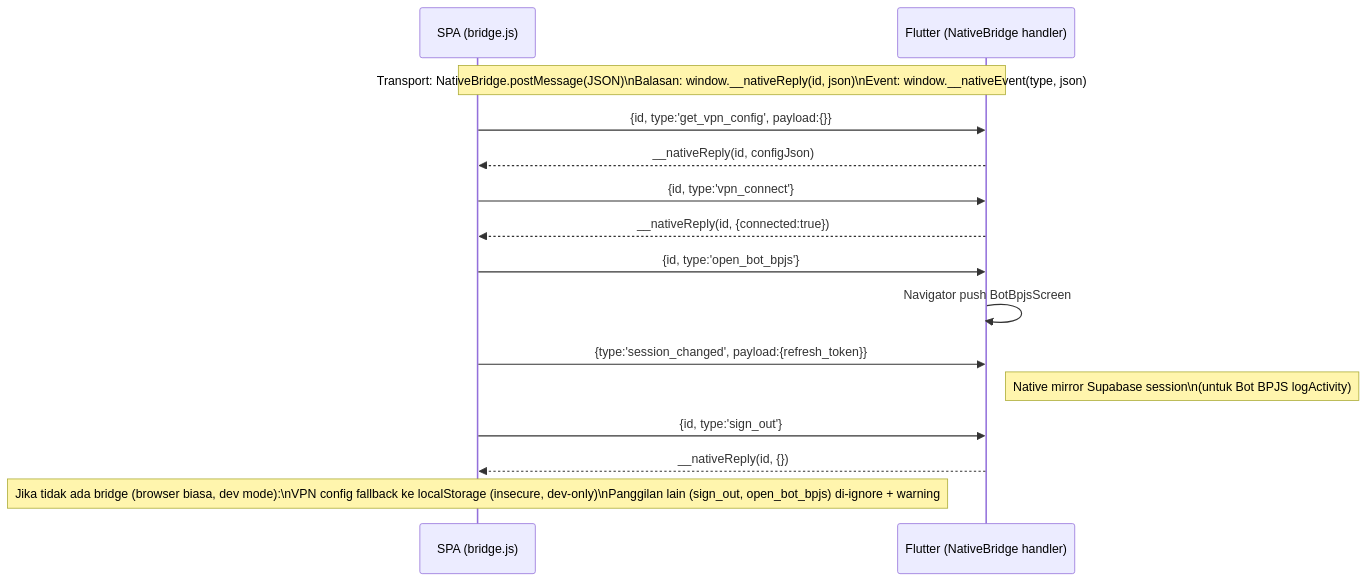
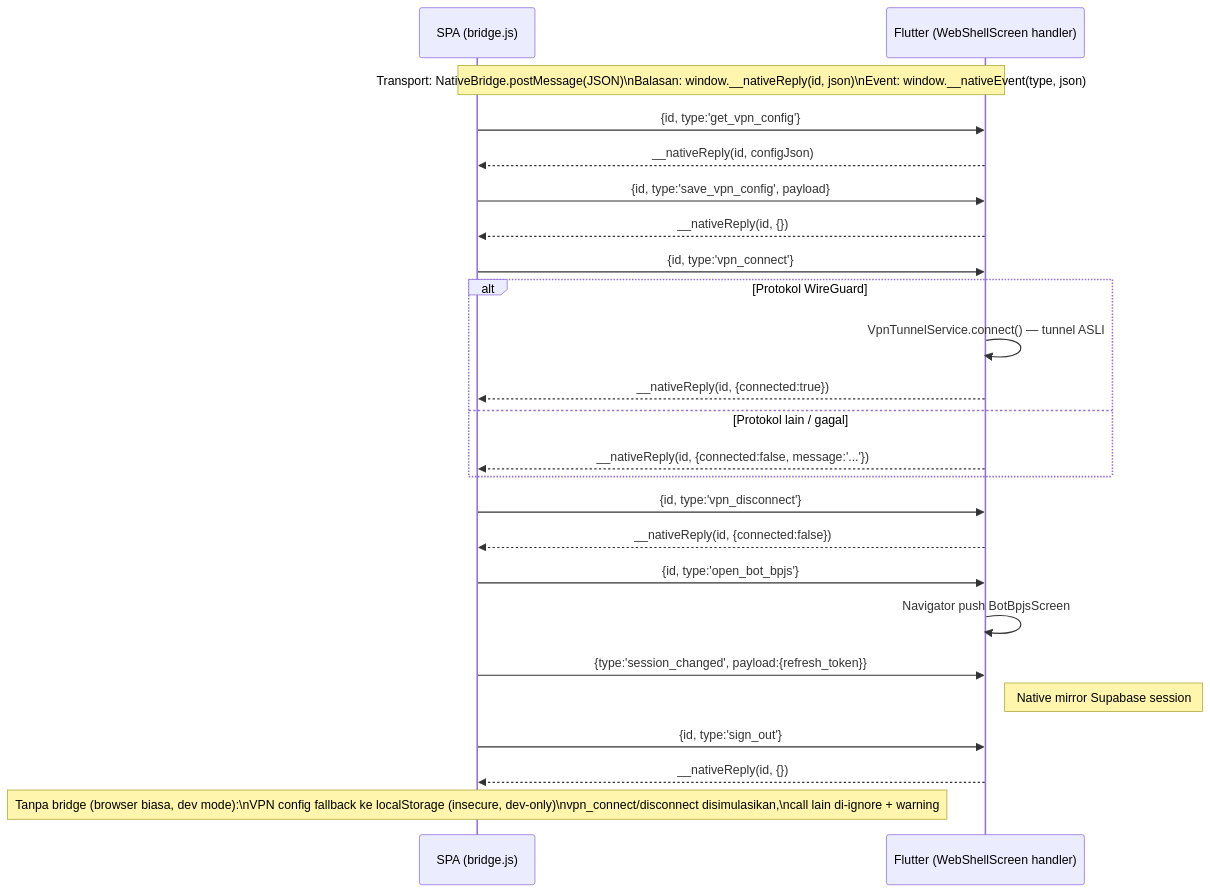
Diagram 14 of 15 in docs/diagram-alur.md (Khoirul-Yardan/PROJECT-MOBILE-APP), drawn with Mermaid before and after one commit. The commit also changed other lines of this file and 42 other files, not shown here.

````diff
--- a/docs/diagram-alur.md
+++ b/docs/diagram-alur.md
@@ -464,24 +630,35 @@
 ```mermaid
 sequenceDiagram
     participant Web as SPA (bridge.js)
-    participant Native as Flutter (NativeBridge handler)
+    participant Native as Flutter (WebShellScreen handler)
 
     Note over Web,Native: Transport: NativeBridge.postMessage(JSON)\nBalasan: window.__nativeReply(id, json)\nEvent: window.__nativeEvent(type, json)
 
-    Web->>Native: {id, type:'get_vpn_config', payload:{}}
+    Web->>Native: {id, type:'get_vpn_config'}
     Native-->>Web: __nativeReply(id, configJson)
 
+    Web->>Native: {id, type:'save_vpn_config', payload}
+    Native-->>Web: __nativeReply(id, {})
+
     Web->>Native: {id, type:'vpn_connect'}
-    Native-->>Web: __nativeReply(id, {connected:true})
+    alt Protokol WireGuard
+        Native->>Native: VpnTunnelService.connect() — tunnel ASLI
+        Native-->>Web: __nativeReply(id, {connected:true})
+    else Protokol lain / gagal
+        Native-->>Web: __nativeReply(id, {connected:false, message:'...'})
+    end
+
+    Web->>Native: {id, type:'vpn_disconnect'}
+    Native-->>Web: __nativeReply(id, {connected:false})
 
     Web->>Native: {id, type:'open_bot_bpjs'}
     Native->>Native: Navigator push BotBpjsScreen
 
     Web->>Native: {type:'session_changed', payload:{refresh_token}}
-    Note right of Native: Native mirror Supabase session\n(untuk Bot BPJS logActivity)
+    Note right of Native: Native mirror Supabase session
 
     Web->>Native: {id, type:'sign_out'}
     Native-->>Web: __nativeReply(id, {})
 
-    Note over Web: Jika tidak ada bridge (browser biasa, dev mode):\nVPN config fallback ke localStorage (insecure, dev-only)\nPanggilan lain (sign_out, open_bot_bpjs) di-ignore + warning
+    Note over Web: Tanpa bridge (browser biasa, dev mode):\nVPN config fallback ke localStorage (insecure, dev-only)\nvpn_connect/disconnect disimulasikan,\ncall lain di-ignore + warning
 ```
````
